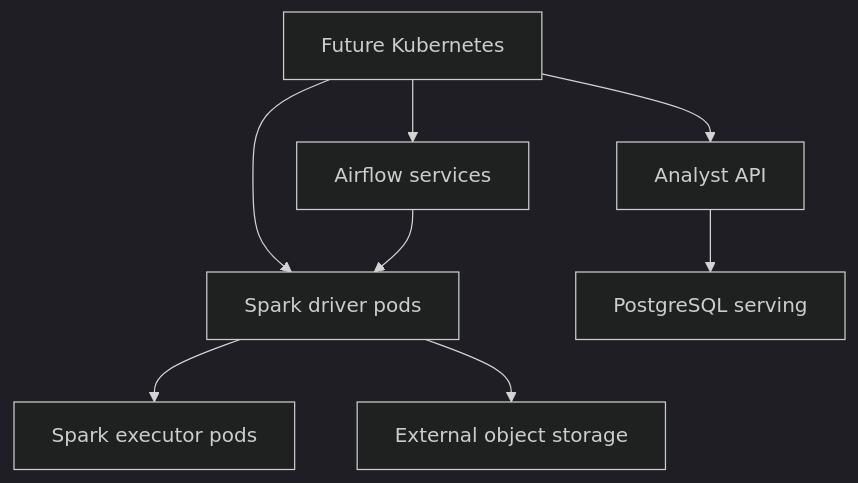
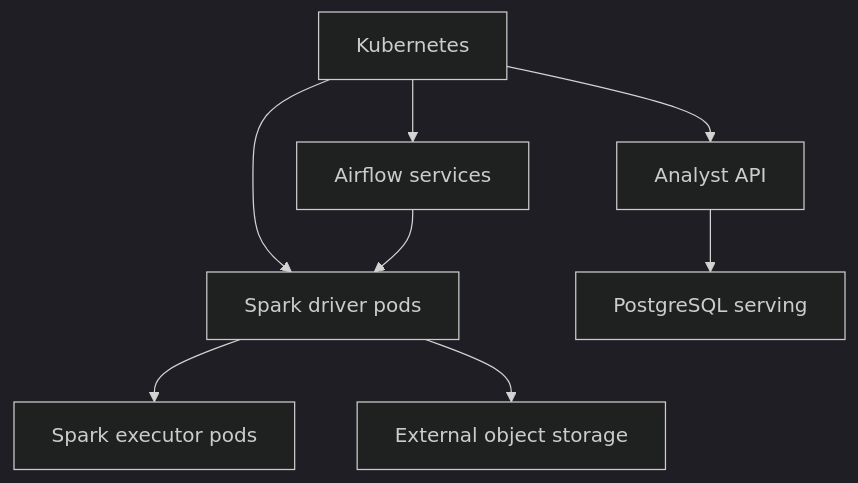
One commit to vdeeplearning/agentic_healthcare_data_platform changed diagram 41 of 54 in README.md. Above: the diagram before and after it, drawn with Mermaid (dark theme). The commit also changed other lines of this file and 6 other files, not shown here.

````diff
--- a/README.md
+++ b/README.md
@@ -1871,10 +1871,10 @@
 ```mermaid
 flowchart TD
- K["Future Kubernetes"] --> API["Analyst API"]
+ K["Kubernetes"] --> API["Analyst API"]
  K --> AIR["Airflow services"]
  K --> SD["Spark driver pods"]
  SD --> EX["Spark executor pods"]
  AIR --> SD
  API --> PG["PostgreSQL serving"]
  SD --> OBJ["External object storage"]
 ```
````
